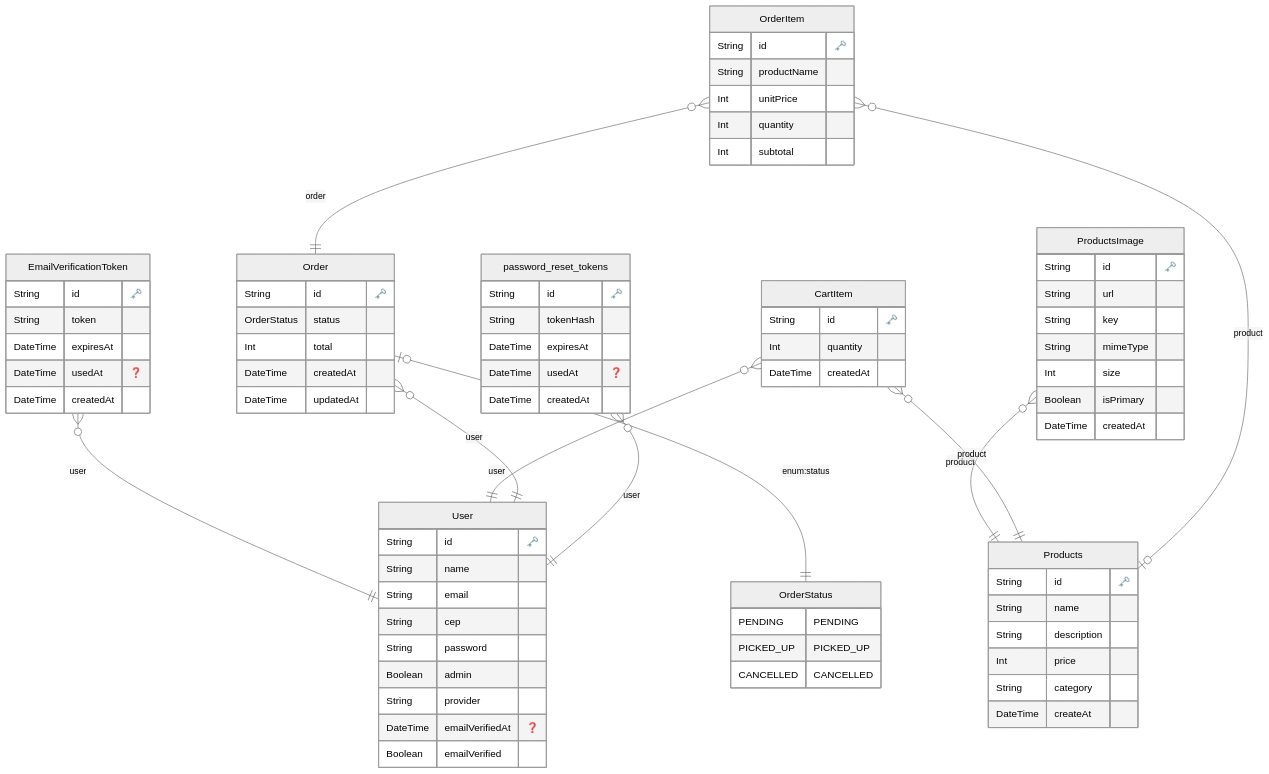
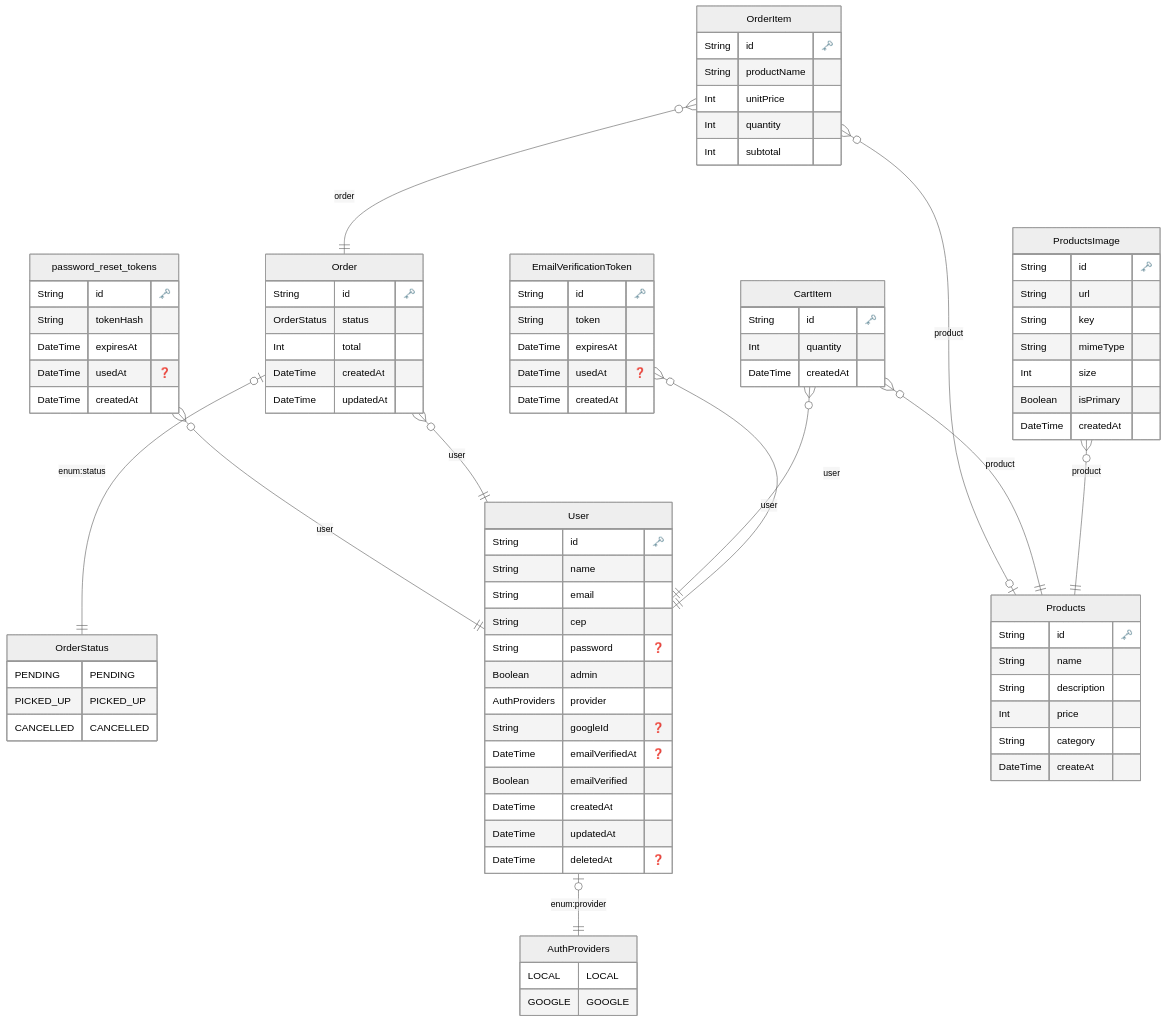
One commit to DevWesleyMedeiros/casa-do-hamburger changed the diagram in back-end/docs/architecture/ERD.md. Above: the diagram before and after it, drawn with Mermaid (neutral theme). The commit also changed 2 other files, not shown here.

Commit message:
feat(auth): add google auth and update user schema
- Create AuthProviders enum for local and google authentication methods
- Update User model: make password optional, add googleId field, switch provider to use the enum, add timestamps and delete tracking
- Add Prisma migration for all schema changes
- Update ERD documentation to reflect the updated database schema

````diff
--- a/back-end/docs/architecture/ERD.md
+++ b/back-end/docs/architecture/ERD.md
@@ -1,5 +1,12 @@
 ```mermaid
 erDiagram
+
+        AuthProviders {
+            LOCAL LOCAL
+GOOGLE GOOGLE
+        }
+    
+
 
         OrderStatus {
             PENDING PENDING
@@ -12,11 +19,15 @@
     String name 
     String email 
     String cep 
-    String password 
+    String password "❓"
     Boolean admin 
-    String provider 
+    AuthProviders provider 
+    String googleId "❓"
     DateTime emailVerifiedAt "❓"
     Boolean emailVerified 
+    DateTime createdAt 
+    DateTime updatedAt 
+    DateTime deletedAt "❓"
     }
   
 
@@ -83,6 +94,7 @@
     DateTime createdAt 
     }
   
+    "User" |o--|| "AuthProviders" : "enum:provider"
     "EmailVerificationToken" }o--|| "User" : "user"
     "ProductsImage" }o--|| "Products" : "product"
     "CartItem" }o--|| "Products" : "product"
````
